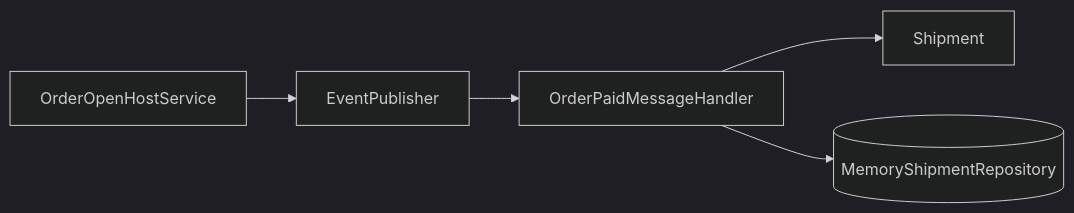
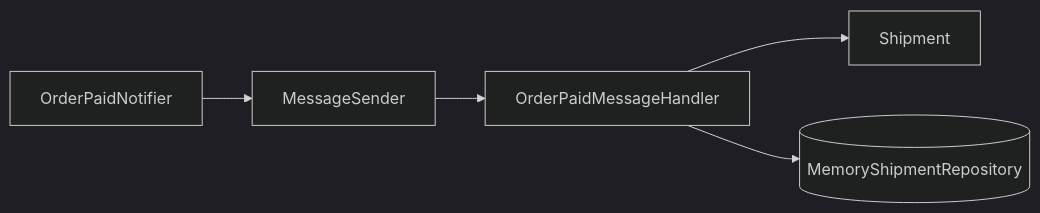
The eighth of 9 diagrams in .projectcode/wiki/scenarios.md (busan-bank-2026/ddd-example), drawn with Mermaid (dark theme) before and after one commit. The commit also changed other lines of this file and 5 other files, not shown here.

````diff
--- a/.projectcode/wiki/scenarios.md
+++ b/.projectcode/wiki/scenarios.md
@@ -145,7 +156,7 @@
 ```mermaid
 flowchart LR
-  A[OrderOpenHostService] --> B[EventPublisher]
+  A[OrderPaidNotifier] --> B[MessageSender]
   B --> C[OrderPaidMessageHandler]
   C --> D[Shipment]
   C --> E[(MemoryShipmentRepository)]
 ```
````
